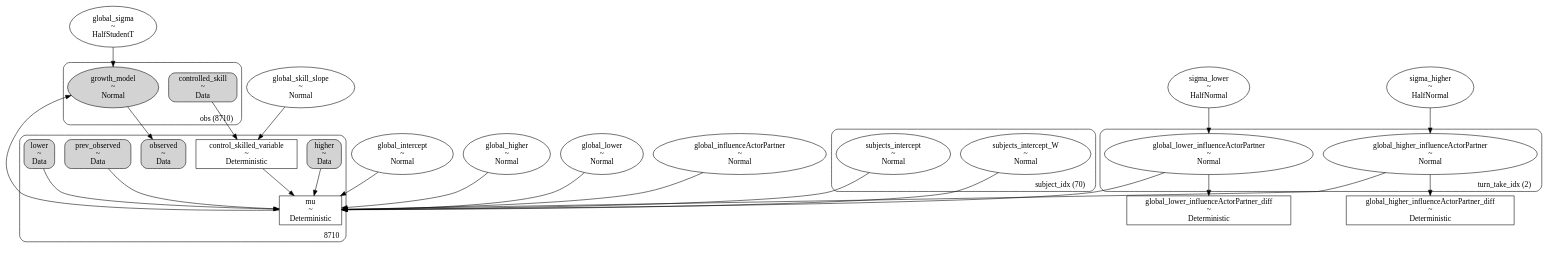
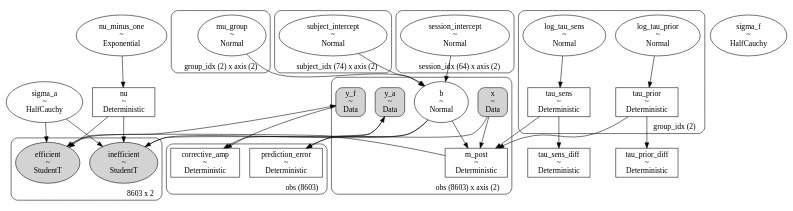
The diagram in BayesianAnalysis/.gv (gitarja/TableTennisBayesianAnalysis), drawn with Graphviz before and after one commit. The commit also changed 53 other files, not shown here.

```diff
--- a/BayesianAnalysis/.gv
+++ b/BayesianAnalysis/.gv
@@ -1,101 +1,113 @@
 digraph {
-	subgraph cluster8710 {
-		higher [label="higher
+	subgraph "clusterobs (8603) x axis (2)" {
+		m_post [label="m_post
+~
+Deterministic" shape=box]
+		y_a [label="y_a
 ~
 Data" shape=box style="rounded, filled"]
-		mu [label="mu
+		b [label="b
+~
+Normal" shape=ellipse]
+		x [label="x
+~
+Data" shape=box style="rounded, filled"]
+		y_f [label="y_f
+~
+Data" shape=box style="rounded, filled"]
+		label="obs (8603) x axis (2)" labeljust=r labelloc=b style=rounded
+	}
+	subgraph "clustergroup_idx (2)" {
+		tau_sens [label="tau_sens
 ~
 Deterministic" shape=box]
-		control_skilled_variable [label="control_skilled_variable
+		tau_prior [label="tau_prior
 ~
 Deterministic" shape=box]
-		observed [label="observed
-~
-Data" shape=box style="rounded, filled"]
-		prev_observed [label="prev_observed
-~
-Data" shape=box style="rounded, filled"]
-		lower [label="lower
-~
-Data" shape=box style="rounded, filled"]
-		label=8710 labeljust=r labelloc=b style=rounded
-	}
-	subgraph "clusterobs (8710)" {
-		growth_model [label="growth_model
-~
-Normal" shape=ellipse style=filled]
-		controlled_skill [label="controlled_skill
-~
-Data" shape=box style="rounded, filled"]
-		label="obs (8710)" labeljust=r labelloc=b style=rounded
-	}
-	global_skill_slope [label="global_skill_slope
+		log_tau_sens [label="log_tau_sens
 ~
 Normal" shape=ellipse]
-	global_intercept [label="global_intercept
+		log_tau_prior [label="log_tau_prior
 ~
 Normal" shape=ellipse]
-	sigma_lower [label="sigma_lower
+		label="group_idx (2)" labeljust=r labelloc=b style=rounded
+	}
+	subgraph "clustergroup_idx (2) x axis (2)" {
+		mu_group [label="mu_group
 ~
-HalfNormal" shape=ellipse]
-	global_higher_influenceActorPartner_diff [label="global_higher_influenceActorPartner_diff
+Normal" shape=ellipse]
+		label="group_idx (2) x axis (2)" labeljust=r labelloc=b style=rounded
+	}
+	subgraph "clustersubject_idx (74) x axis (2)" {
+		subject_intercept [label="subject_intercept
+~
+Normal" shape=ellipse]
+		label="subject_idx (74) x axis (2)" labeljust=r labelloc=b style=rounded
+	}
+	subgraph "clustersession_idx (64) x axis (2)" {
+		session_intercept [label="session_intercept
+~
+Normal" shape=ellipse]
+		label="session_idx (64) x axis (2)" labeljust=r labelloc=b style=rounded
+	}
+	tau_sens_diff [label="tau_sens_diff
 ~
 Deterministic" shape=box]
-	global_higher [label="global_higher
+	sigma_a [label="sigma_a
 ~
-Normal" shape=ellipse]
-	global_lower [label="global_lower
+HalfCauchy" shape=ellipse]
+	sigma_f [label="sigma_f
 ~
-Normal" shape=ellipse]
-	global_influenceActorPartner [label="global_influenceActorPartner
-~
-Normal" shape=ellipse]
-	global_lower_influenceActorPartner_diff [label="global_lower_influenceActorPartner_diff
+HalfCauchy" shape=ellipse]
+	tau_prior_diff [label="tau_prior_diff
 ~
 Deterministic" shape=box]
-	global_sigma [label="global_sigma
+	nu [label="nu
 ~
-HalfStudentT" shape=ellipse]
-	sigma_higher [label="sigma_higher
+Deterministic" shape=box]
+	nu_minus_one [label="nu_minus_one
 ~
-HalfNormal" shape=ellipse]
-	subgraph "clusterturn_take_idx (2)" {
-		global_lower_influenceActorPartner [label="global_lower_influenceActorPartner
+Exponential" shape=ellipse]
+	subgraph "cluster8603 x 2" {
+		inefficient [label="inefficient
 ~
-Normal" shape=ellipse]
-		global_higher_influenceActorPartner [label="global_higher_influenceActorPartner
+StudentT" shape=ellipse style=filled]
+		efficient [label="efficient
 ~
-Normal" shape=ellipse]
-		label="turn_take_idx (2)" labeljust=r labelloc=b style=rounded
+StudentT" shape=ellipse style=filled]
+		label="8603 x 2" labeljust=r labelloc=b style=rounded
 	}
-	subgraph "clustersubject_idx (70)" {
-		subjects_intercept_W [label="subjects_intercept_W
+	subgraph "clusterobs (8603)" {
+		prediction_error [label="prediction_error
 ~
-Normal" shape=ellipse]
-		subjects_intercept [label="subjects_intercept
+Deterministic" shape=box]
+		corrective_amp [label="corrective_amp
 ~
-Normal" shape=ellipse]
-		label="subject_idx (70)" labeljust=r labelloc=b style=rounded
+Deterministic" shape=box]
+		label="obs (8603)" labeljust=r labelloc=b style=rounded
 	}
-	growth_model -> observed
-	sigma_higher -> global_higher_influenceActorPartner
-	sigma_lower -> global_lower_influenceActorPartner
-	global_skill_slope -> control_skilled_variable
-	controlled_skill -> control_skilled_variable
-	higher -> mu
-	global_intercept -> mu
-	global_lower_influenceActorPartner -> mu
-	control_skilled_variable -> mu
-	global_higher_influenceActorPartner -> mu
-	global_higher -> mu
-	subjects_intercept -> mu
-	global_lower -> mu
-	global_influenceActorPartner -> mu
-	subjects_intercept_W -> mu
-	prev_observed -> mu
-	lower -> mu
-	mu -> growth_model
-	global_sigma -> growth_model
-	global_higher_influenceActorPartner -> global_higher_influenceActorPartner_diff
-	global_lower_influenceActorPartner -> global_lower_influenceActorPartner_diff
+	inefficient -> y_a
+	efficient -> y_f
+	log_tau_prior -> tau_prior
+	log_tau_sens -> tau_sens
+	subject_intercept -> b
+	mu_group -> b
+	session_intercept -> b
+	x -> m_post
+	tau_sens -> m_post
+	b -> m_post
+	tau_prior -> m_post
+	nu_minus_one -> nu
+	nu -> inefficient
+	sigma_a -> inefficient
+	b -> inefficient
+	nu -> efficient
+	sigma_a -> efficient
+	m_post -> efficient
+	y_f -> corrective_amp
+	y_a -> corrective_amp
+	b -> prediction_error
+	x -> prediction_error
+	tau_prior -> tau_prior_diff
+	tau_sens -> tau_sens_diff
 }
```
